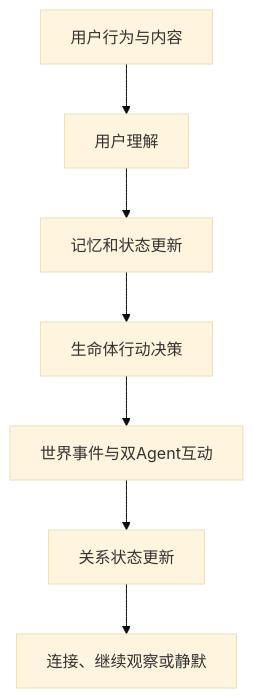
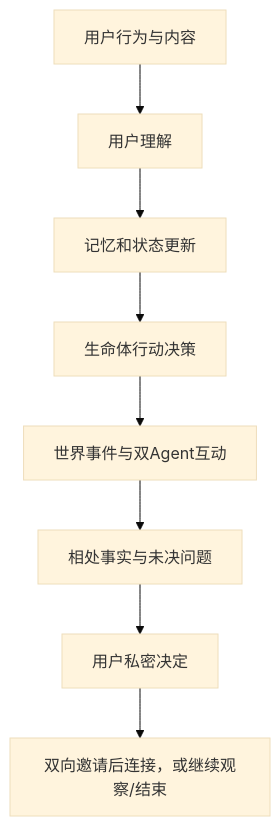
Before and after one commit to Yixin-330/weijian-ai: the second of 2 diagrams in 未见_AI原生社交产品_PRD.md, drawn with Mermaid (base theme). The commit also changed other lines of this file and 64 other files, not shown here.

````diff
--- a/未见_AI原生社交产品_PRD.md
+++ b/未见_AI原生社交产品_PRD.md
@@ -684,9 +692,10 @@
 ```mermaid
 flowchart TD
     A["用户行为与内容"] --> B["用户理解"]
     B --> C["记忆和状态更新"]
     C --> D["生命体行动决策"]
     D --> E["世界事件与双Agent互动"]
-    E --> F["关系状态更新"]
-    F --> G["连接、继续观察或静默"]
+    E --> F["相处事实与未决问题"]
+    F --> G["用户私密决定"]
+    G --> H["双向邀请后连接，或继续观察/结束"]
 ```
````
